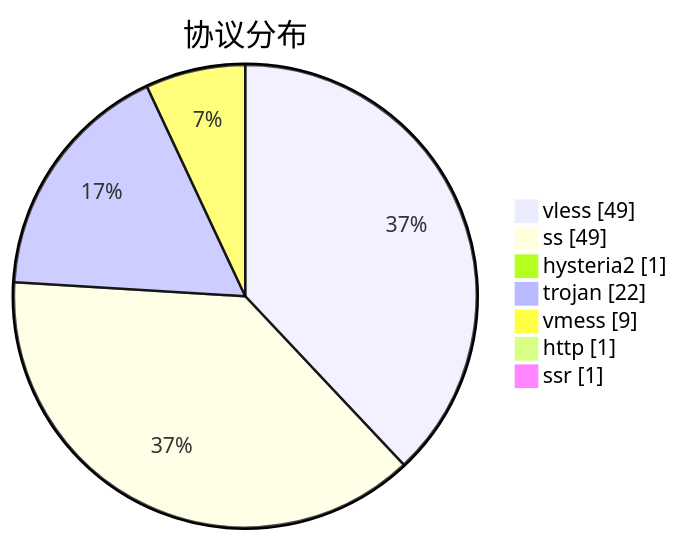
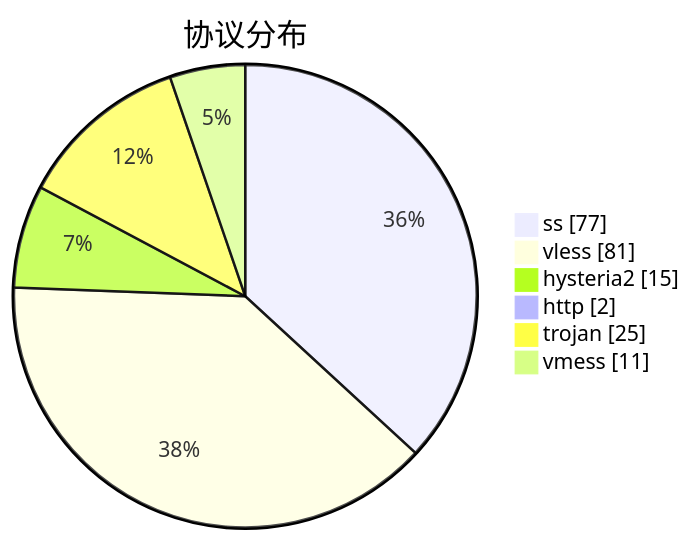
One commit to sinspired/airport changed the third of 3 diagrams in subs/statistics/tested_within.md. Above: the diagram before and after it, drawn with Mermaid. The commit also changed other lines of this file and 2 other files, not shown here.

````diff
--- a/subs/statistics/tested_within.md
+++ b/subs/statistics/tested_within.md
@@ -34,11 +43,10 @@
 ```mermaid
 pie showData
 title 协议分布
-"vless" : 49
-"ss" : 49
-"hysteria2" : 1
-"trojan" : 22
-"vmess" : 9
-"http" : 1
-"ssr" : 1
+"ss" : 77
+"vless" : 81
+"hysteria2" : 15
+"http" : 2
+"trojan" : 25
+"vmess" : 11
 ```
````
